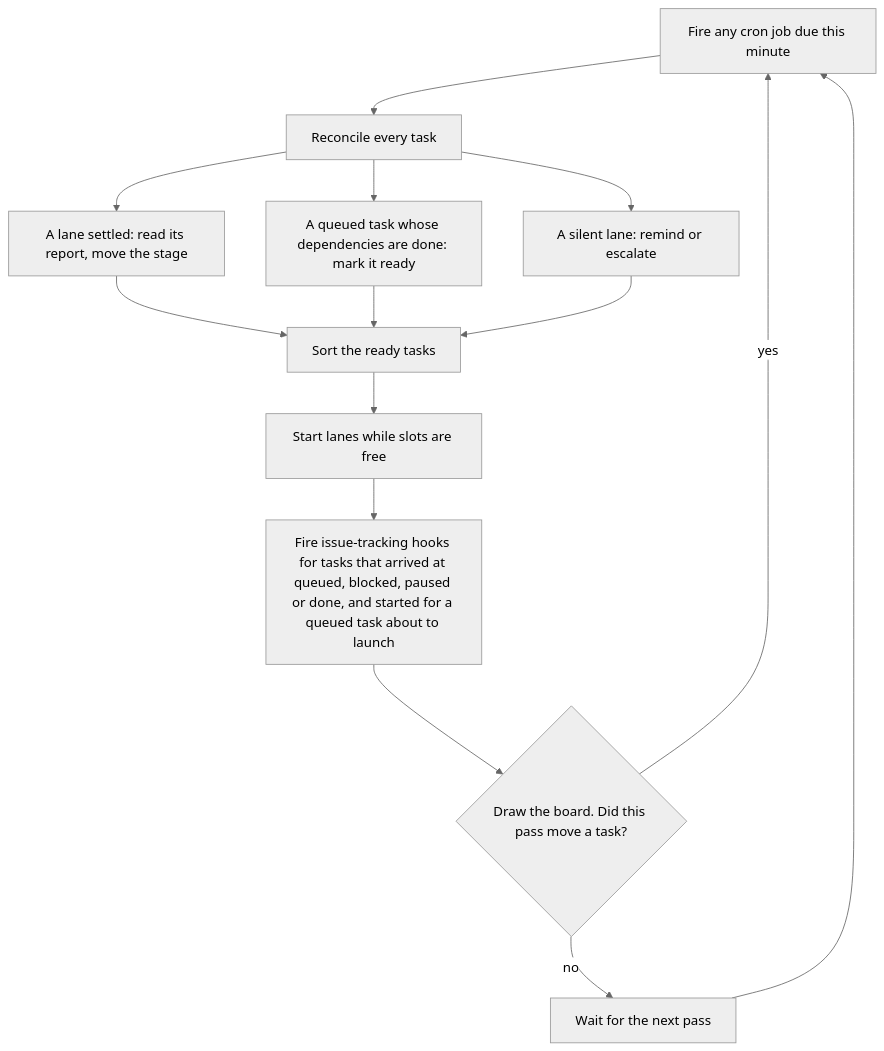
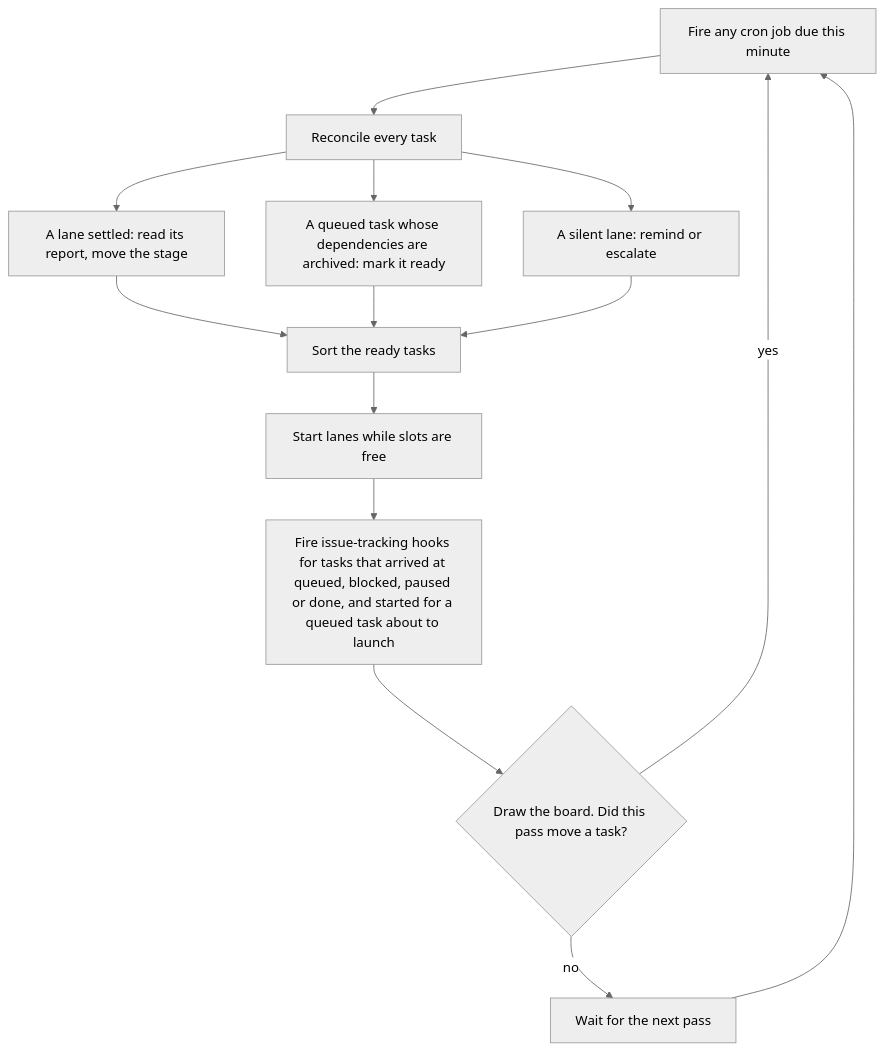
One commit to marvingygas/spoolway changed the first of 2 diagrams in docs/dispatcher.md. Above: the diagram before and after it, drawn with Mermaid (neutral theme). The commit also changed other lines of this file and 5 other files, not shown here.

Commit message:
fix(graph): start a dependent only after its dependency is archived

````diff
--- a/docs/dispatcher.md
+++ b/docs/dispatcher.md
@@ -75,14 +75,14 @@
 ```mermaid
 flowchart TD
   A[Fire any cron job due this minute] --> B[Reconcile every task]
   B --> B1[A lane settled: read its report, move the stage]
-  B --> B2[A queued task whose dependencies are done: mark it ready]
+  B --> B2[A queued task whose dependencies are archived: mark it ready]
   B --> B3[A silent lane: remind or escalate]
   B1 & B2 & B3 --> C[Sort the ready tasks]
   C --> D[Start lanes while slots are free]
   D --> E[Fire issue-tracking hooks for tasks that arrived at queued, blocked, paused or done, and started for a queued task about to launch]
   E --> F{Draw the board. Did this pass move a task?}
   F -->|yes| A
   F -->|no| G[Wait for the next pass]
   G --> A
 ```
````
